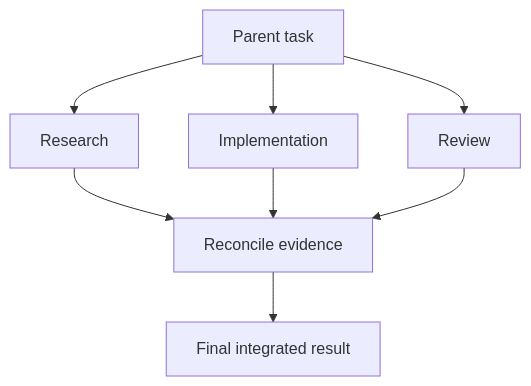
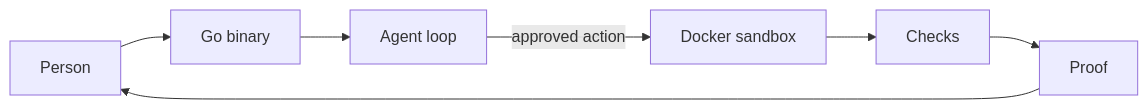
Before and after one commit to farismnrr/portofolio: the diagram in frontend/content/projects/masih-awam-ai-code.md, drawn with Mermaid. The commit also changed other lines of this file and 5 other files, not shown here.

````diff
--- a/frontend/content/projects/masih-awam-ai-code.md
+++ b/frontend/content/projects/masih-awam-ai-code.md
@@ -141,10 +43,9 @@
 ```mermaid
-flowchart TD
-    P[Parent task] --> R[Research]
-    P --> I[Implementation]
-    P --> V[Review]
-    R --> M[Reconcile evidence]
-    I --> M
-    V --> M
-    M --> F[Final integrated result]
+flowchart LR
+    P[Person] --> G[Go binary]
+    G --> A[Agent loop]
+    A -->|approved action| S[Docker sandbox]
+    S --> C[Checks]
+    C --> R[Proof]
+    R --> P
 ```
````
